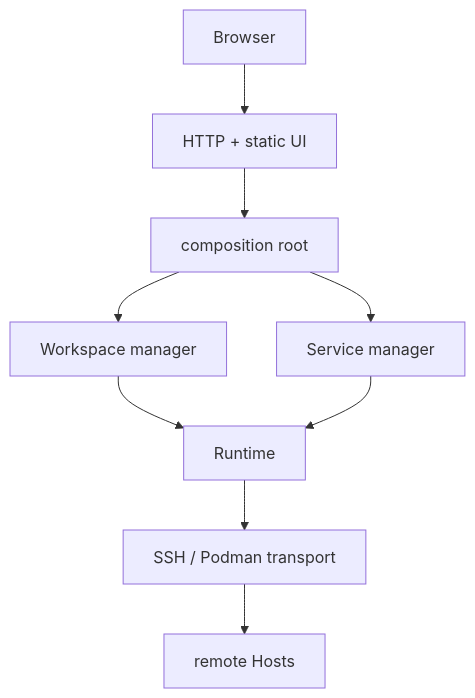
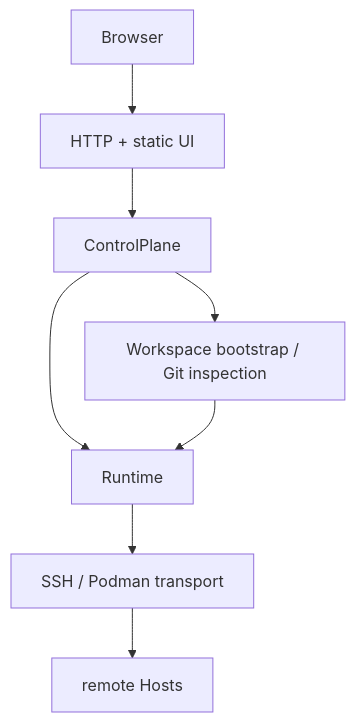
The second of 3 diagrams in src/codespace/DESIGN.md (curoky/codespace), drawn with Mermaid before and after one commit. The commit also changed other lines of this file and 40 other files, not shown here.

````diff
--- a/src/codespace/DESIGN.md
+++ b/src/codespace/DESIGN.md
@@ -31,11 +37,10 @@
 ```mermaid
 flowchart TB
     Browser --> Web["HTTP + static UI"]
-    Web --> Control["composition root"]
-    Control --> Workspaces["Workspace manager"]
-    Control --> Services["Service manager"]
-    Workspaces --> Runtime
-    Services --> Runtime
+    Web --> Control["ControlPlane"]
+    Control --> Workspace["Workspace bootstrap / Git inspection"]
+    Control --> Runtime
+    Workspace --> Runtime
     Runtime --> Transport["SSH / Podman transport"]
     Transport --> Hosts["remote Hosts"]
 ```
````
